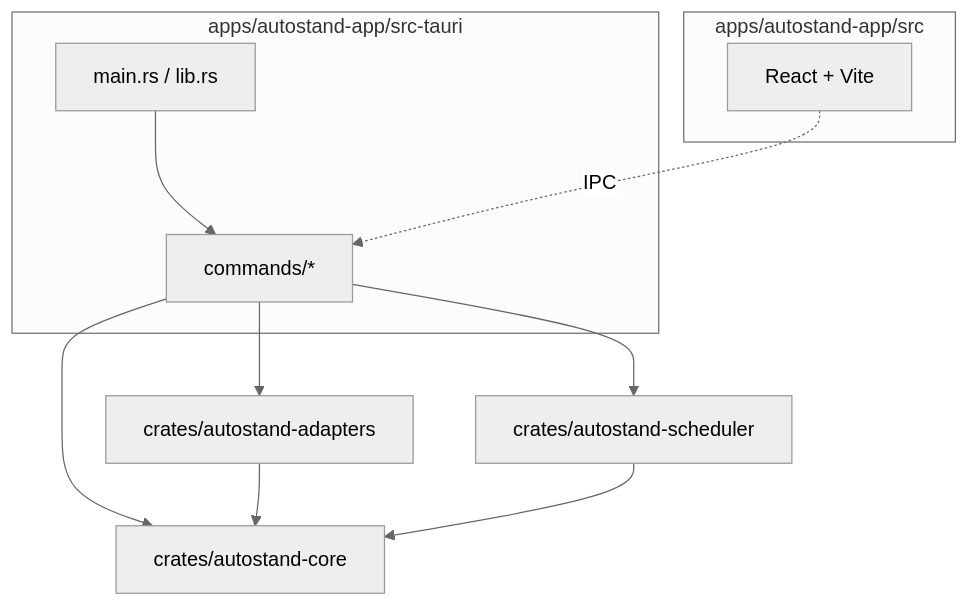
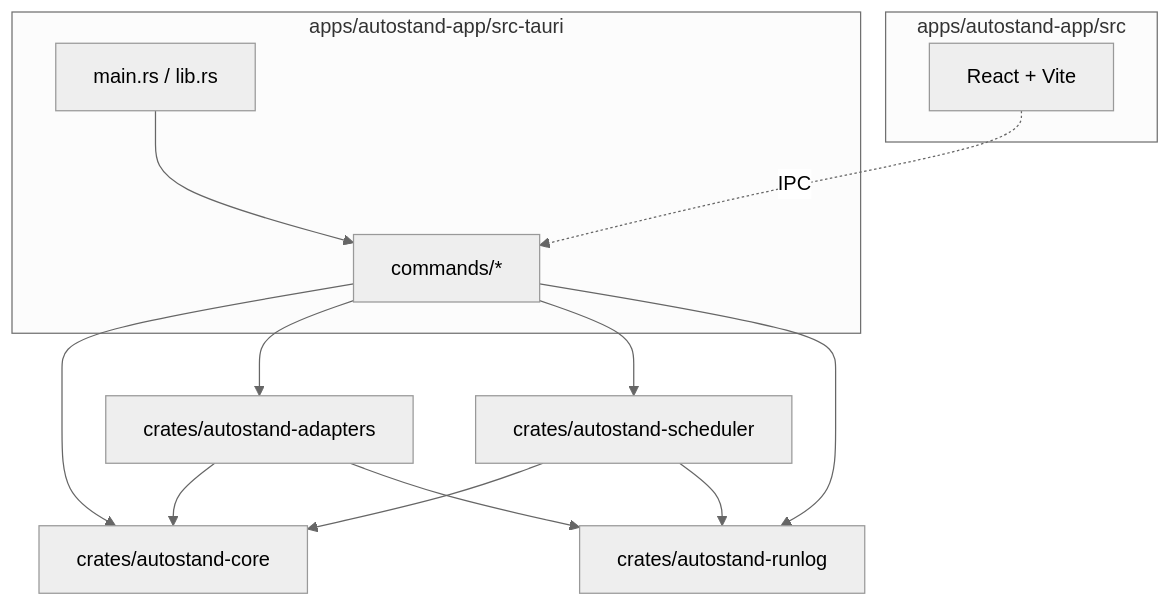
The diagram in docs/architecture/02-monorepo-structure.md (MAECLY/autostand), drawn with Mermaid (neutral theme) before and after one commit. The commit also changed other lines of this file and 18 other files, not shown here.

````diff
--- a/docs/architecture/02-monorepo-structure.md
+++ b/docs/architecture/02-monorepo-structure.md
@@ -125,24 +126,28 @@
 ```mermaid
 flowchart TD
   subgraph TauriApp["apps/autostand-app/src-tauri"]
     MAIN["main.rs / lib.rs"]
     CMD["commands/*"]
   end
 
   CORE["crates/autostand-core"]
   ADAPT["crates/autostand-adapters"]
   SCHED["crates/autostand-scheduler"]
+  RUNLOG["crates/autostand-runlog"]
 
   MAIN --> CMD
   CMD --> CORE
   CMD --> ADAPT
   CMD --> SCHED
+  CMD --> RUNLOG
 
   ADAPT --> CORE
   SCHED --> CORE
+  ADAPT --> RUNLOG
+  SCHED --> RUNLOG
 
   subgraph Frontend["apps/autostand-app/src"]
     REACT["React + Vite"]
   end
   REACT -. IPC .-> CMD
 ```
````
